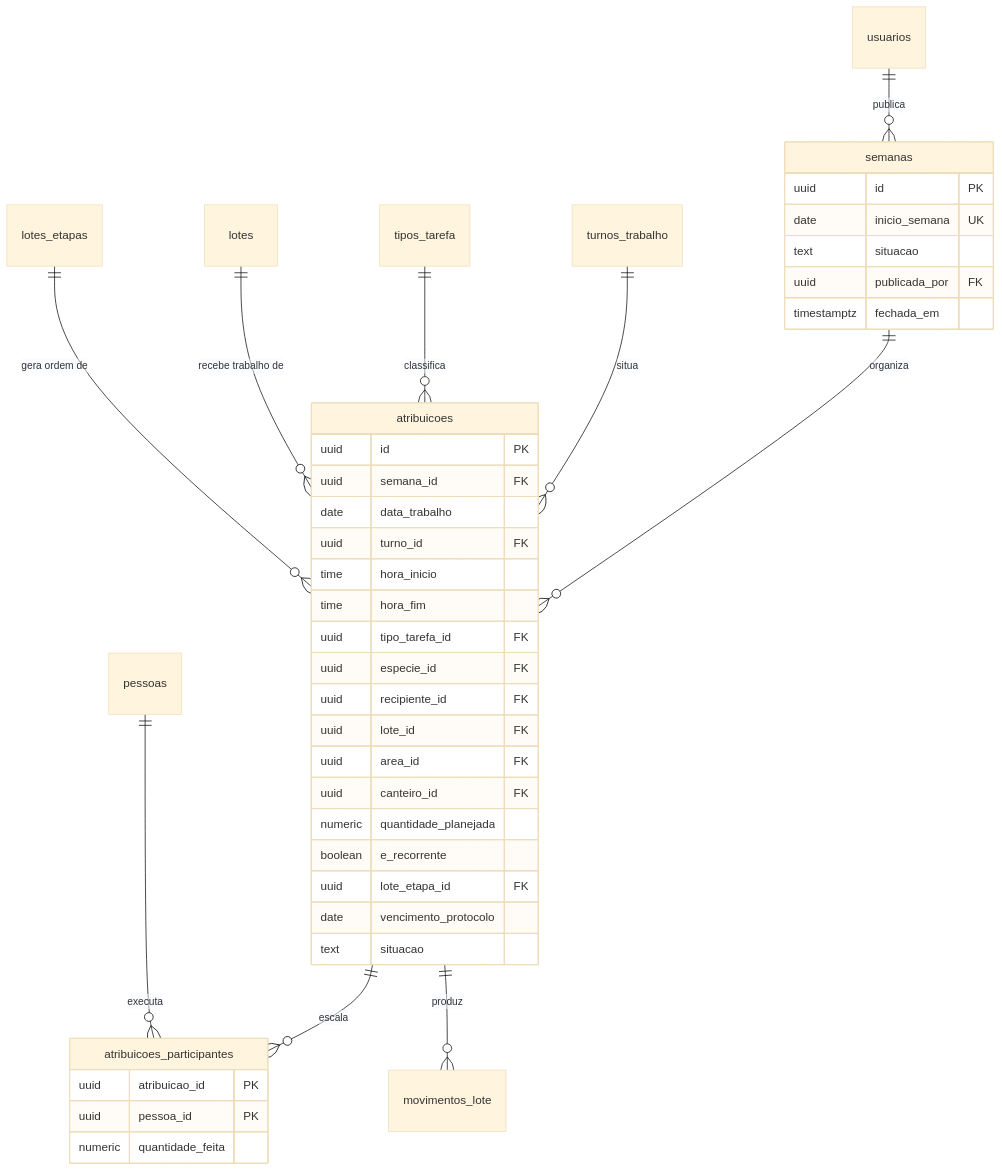
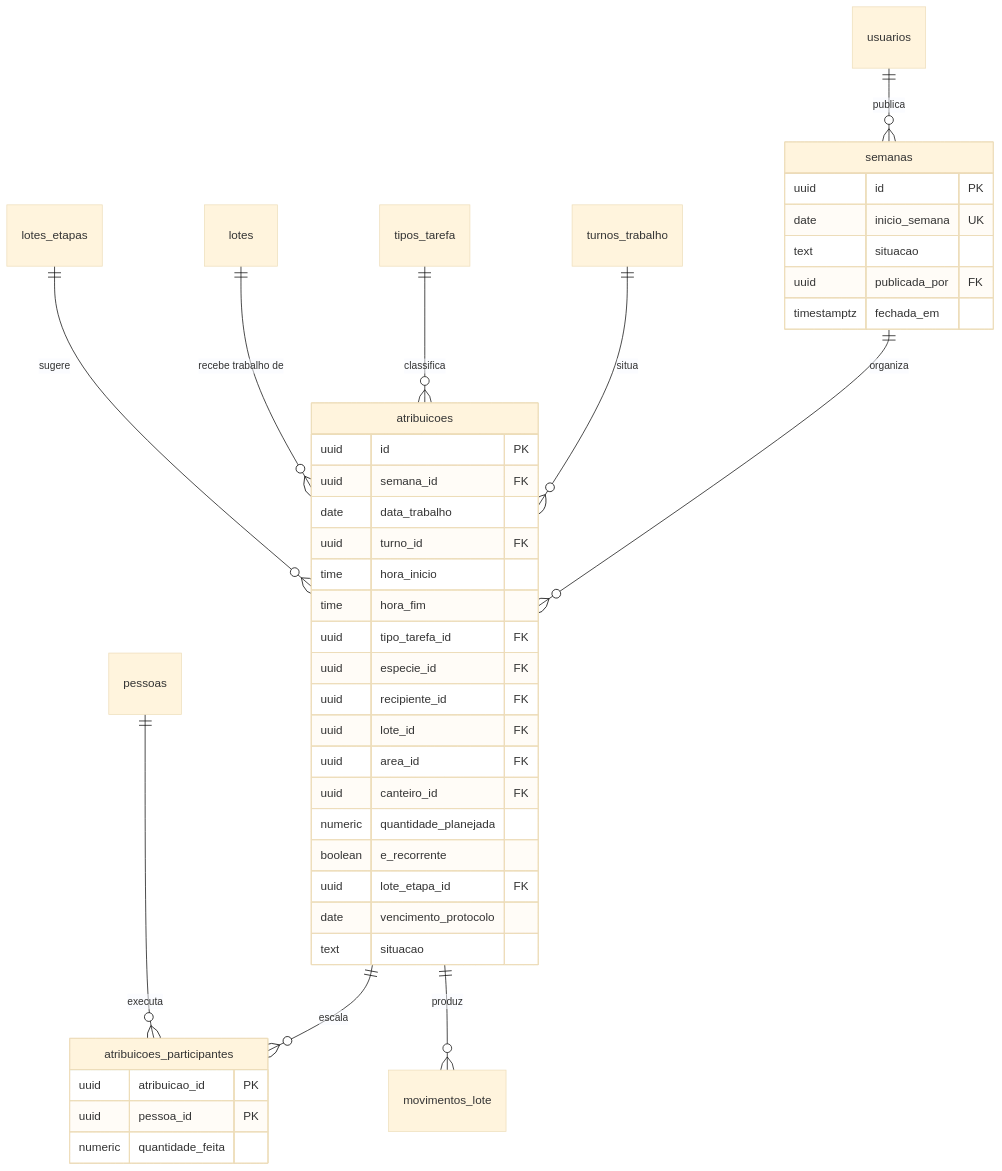
One commit to JoaoMudar/tcc changed the diagram in docs/engenharia/modelo-dados-pt/mmd/fig14-producao-agenda.mmd. Above: the diagram before and after it, drawn with Mermaid (base theme). The commit also changed 87 other files, not shown here.

```diff
--- a/docs/engenharia/modelo-dados-pt/mmd/fig14-producao-agenda.mmd
+++ b/docs/engenharia/modelo-dados-pt/mmd/fig14-producao-agenda.mmd
@@ -1,49 +1,49 @@
 erDiagram
   semanas {
     uuid        id PK
     date        inicio_semana UK
     text        situacao
     uuid        publicada_por FK
     timestamptz fechada_em
   }
   atribuicoes {
     uuid    id PK
     uuid    semana_id FK
     date    data_trabalho
     uuid    turno_id FK
     time    hora_inicio
     time    hora_fim
     uuid    tipo_tarefa_id FK
     uuid    especie_id FK
     uuid    recipiente_id FK
     uuid    lote_id FK
     uuid    area_id FK
     uuid    canteiro_id FK
     numeric quantidade_planejada
     boolean e_recorrente
     uuid    lote_etapa_id FK
     date    vencimento_protocolo
     text    situacao
   }
   atribuicoes_participantes {
     uuid    atribuicao_id PK
     uuid    pessoa_id PK
     numeric quantidade_feita
   }
   turnos_trabalho {}
   tipos_tarefa {}
   pessoas {}
   usuarios {}
   lotes {}
   lotes_etapas {}
   movimentos_lote {}
 
   semanas     ||--o{ atribuicoes : "organiza"
   atribuicoes ||--o{ atribuicoes_participantes : "escala"
   atribuicoes ||--o{ movimentos_lote : "produz"
   turnos_trabalho ||--o{ atribuicoes : "situa"
   tipos_tarefa    ||--o{ atribuicoes : "classifica"
   pessoas         ||--o{ atribuicoes_participantes : "executa"
   lotes           ||--o{ atribuicoes : "recebe trabalho de"
-  lotes_etapas    ||--o{ atribuicoes : "gera ordem de"
+  lotes_etapas    ||--o{ atribuicoes : "sugere"
   usuarios        ||--o{ semanas : "publica"
```
